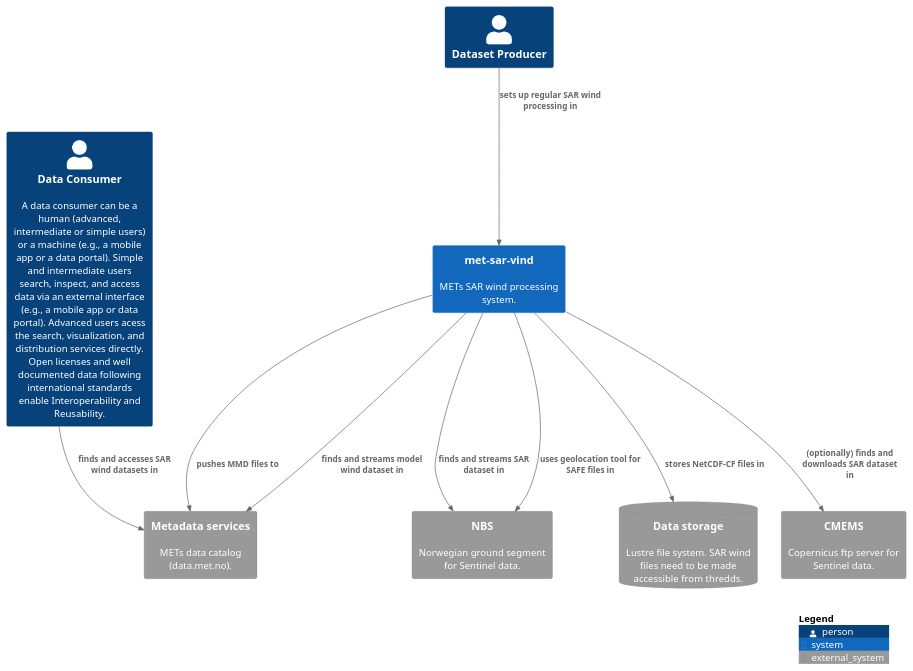
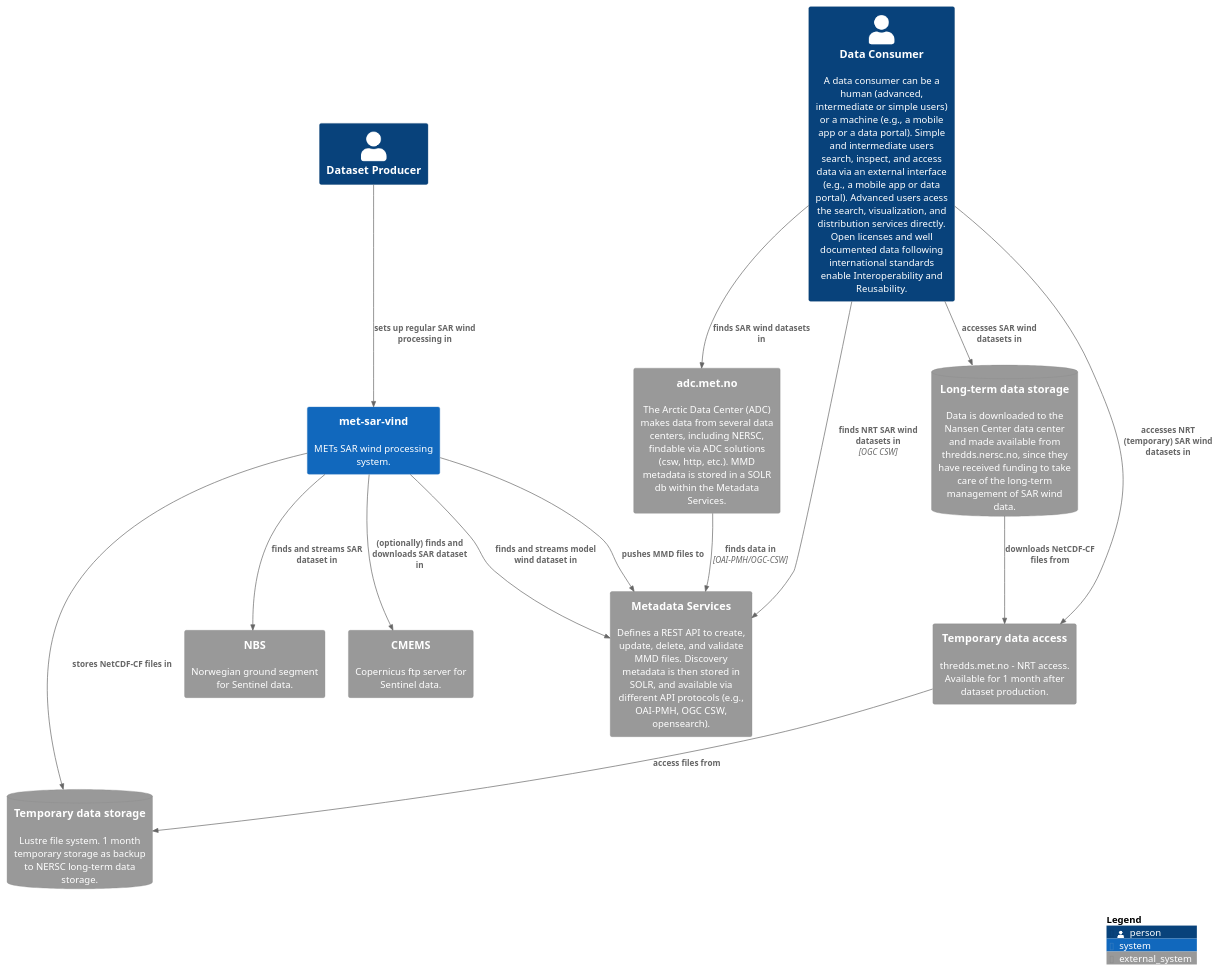
One commit to metno/py-sar-wind changed the diagram in puml/landscape-diagram.puml. Above: the diagram before and after it, drawn with PlantUML. The commit also changed 7 other files, not shown here.

Commit message:
updated diagrams

```diff
--- a/puml/landscape-diagram.puml
+++ b/puml/landscape-diagram.puml
@@ -1,30 +1,49 @@
 @startuml landscape-diagram
 !include https://raw.githubusercontent.com/plantuml-stdlib/C4-PlantUML/master/C4_Context.puml
 
 LAYOUT_TOP_DOWN()
 'LAYOUT_LEFT_RIGHT()
 
 Person(dataproducer, "Dataset Producer")
 Person(consumers, "Data Consumer", "A data consumer can be a human (advanced, intermediate or simple users) or a machine (e.g., a mobile app or a data portal). Simple and intermediate users search, inspect, and access data via an external interface (e.g., a mobile app or data portal). Advanced users acess the search, visualization, and distribution services directly. Open licenses and well documented data following international standards enable Interoperability and Reusability.")
 
+System_Ext(adc, "adc.met.no", "The Arctic Data Center (ADC) makes data from several data centers, including NERSC, findable via ADC solutions (csw, http, etc.). MMD metadata is stored in a SOLR db within the Metadata Services.") 
+'System_Ext(datamet, "data.met.no", "METs web based data catalog interface (data.met.no). data.met.no makes data from MET findable via ADC solutions (csw, http, etc.). MMD metadata is stored in a SOLR db within the Metadata Services. SAR wind datasets are available for one month after production.") 
+
 System_Ext(nbs, "NBS", "Norwegian ground segment for Sentinel data.")
 System_Ext(esa, "CMEMS", "Copernicus ftp server for Sentinel data.")
-System_Ext(met, "Metadata services", "METs data catalog (data.met.no).")
-SystemDb_Ext(met_storage, "Data storage", "Lustre file system. SAR wind files need to be made accessible from thredds.")
+
+System_Ext(met, "Metadata Services", "Defines a REST API to create, update, delete, and validate MMD files. Discovery metadata is then stored in SOLR, and available via different API protocols (e.g., OAI-PMH, OGC CSW, opensearch).")
+
+SystemDb_Ext(met_storage, "Temporary data storage", "Lustre file system. 1 month temporary storage as backup to NERSC long-term data storage.")
+System_Ext(met_thredds, "Temporary data access", "thredds.met.no - NRT access. Available for 1 month after dataset production.")
+
+SystemDb_Ext(nersc, "Long-term data storage", "Data is downloaded to the Nansen Center data center and made available from thredds.nersc.no, since they have received funding to take care of the long-term management of SAR wind data.")
+
 System(sar_proc, "met-sar-vind", "METs SAR wind processing system.")
 
 Rel(sar_proc, nbs, "finds and streams SAR dataset in")
-Rel(sar_proc, nbs, "uses geolocation tool for SAFE files in")
 Rel(sar_proc, esa, "(optionally) finds and downloads SAR dataset in")
 Rel(sar_proc, met, "finds and streams model wind dataset in")
 
 Rel(sar_proc, met, "pushes MMD files to")
 Rel(sar_proc, met_storage, "stores NetCDF-CF files in")
 
 Rel(dataproducer, sar_proc, "sets up regular SAR wind processing in")
 
-Rel(consumers, met, "finds and accesses SAR wind datasets in")
+Rel(consumers, met, "finds NRT SAR wind datasets in", "OGC CSW")
+Rel(consumers, met_thredds, "accesses NRT (temporary) SAR wind datasets in")
+Rel(consumers, nersc, "accesses SAR wind datasets in")
+
+Rel(met_thredds, met_storage, "access files from")
+
+Rel(nersc, met_thredds, "downloads NetCDF-CF files from")
+
+Rel(adc, met, "finds data in", "OAI-PMH/OGC-CSW")
+'Rel(datamet, met, "finds data in", "OAI-PMH/OGC-CSW")
+Rel(consumers, adc, "finds SAR wind datasets in")
+'Rel(consumers, datamet, "finds SAR wind datasets in")
 
 SHOW_LEGEND()
 
 @enduml
```
